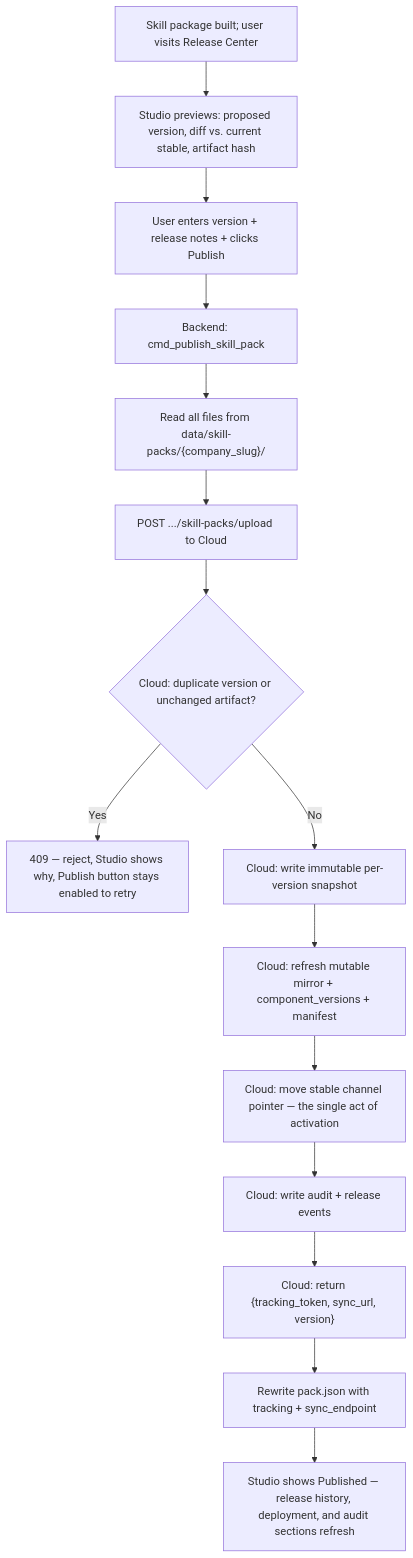
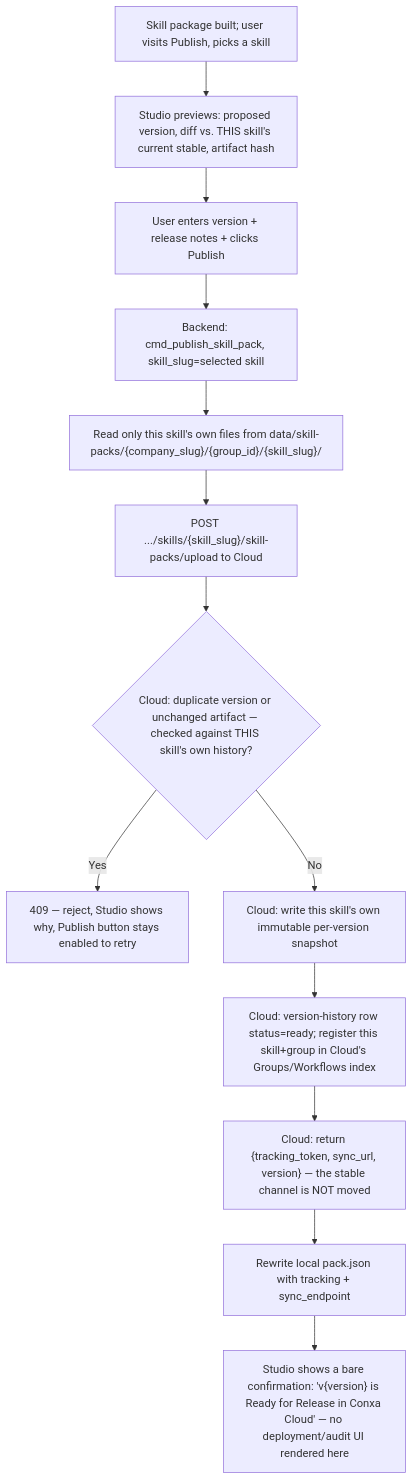
The tenth of 20 diagrams in docs/App-Flow.md (Cannonbold2412/CONXA), drawn with Mermaid before and after one commit. The commit also changed other lines of this file and 6 other files, not shown here.

First line of the commit message:
docs: document per-skill release scoping, Cloud release center, and groups sync

````diff
--- a/docs/App-Flow.md
+++ b/docs/App-Flow.md
@@ -366,17 +384,15 @@
 ```mermaid
 flowchart TD
-    A[Skill package built; user visits Release Center] --> A2["Studio previews: proposed version, diff vs. current stable, artifact hash"]
+    A[Skill package built; user visits Publish, picks a skill] --> A2["Studio previews: proposed version, diff vs. THIS skill's current stable, artifact hash"]
     A2 --> B[User enters version + release notes + clicks Publish]
-    B --> C[Backend: cmd_publish_skill_pack]
-    C --> D["Read all files from data/skill-packs/{company_slug}/"]
-    D --> E["POST .../skill-packs/upload to Cloud"]
-    E --> F{Cloud: duplicate version or unchanged artifact?}
+    B --> C[Backend: cmd_publish_skill_pack, skill_slug=selected skill]
+    C --> D["Read only this skill's own files from data/skill-packs/{company_slug}/{group_id}/{skill_slug}/"]
+    D --> E["POST .../skills/{skill_slug}/skill-packs/upload to Cloud"]
+    E --> F{Cloud: duplicate version or unchanged artifact — checked against THIS skill's own history?}
     F -->|Yes| F2[409 — reject, Studio shows why, Publish button stays enabled to retry]
-    F -->|No| G["Cloud: write immutable per-version snapshot"]
-    G --> H["Cloud: refresh mutable mirror + component_versions + manifest"]
-    H --> I["Cloud: move stable channel pointer — the single act of activation"]
-    I --> J[Cloud: write audit + release events]
-    J --> K["Cloud: return {tracking_token, sync_url, version}"]
-    K --> L[Rewrite pack.json with tracking + sync_endpoint]
-    L --> M[Studio shows Published — release history, deployment, and audit sections refresh]
+    F -->|No| G["Cloud: write this skill's own immutable per-version snapshot"]
+    G --> H["Cloud: version-history row status=ready; register this skill+group in Cloud's Groups/Workflows index"]
+    H --> I["Cloud: return {tracking_token, sync_url, version} — the stable channel is NOT moved"]
+    I --> J[Rewrite local pack.json with tracking + sync_endpoint]
+    J --> K["Studio shows a bare confirmation: 'v{version} is Ready for Release in Conxa Cloud' — no deployment/audit UI rendered here"]
 ```
````
